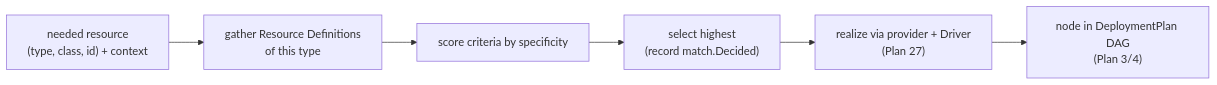
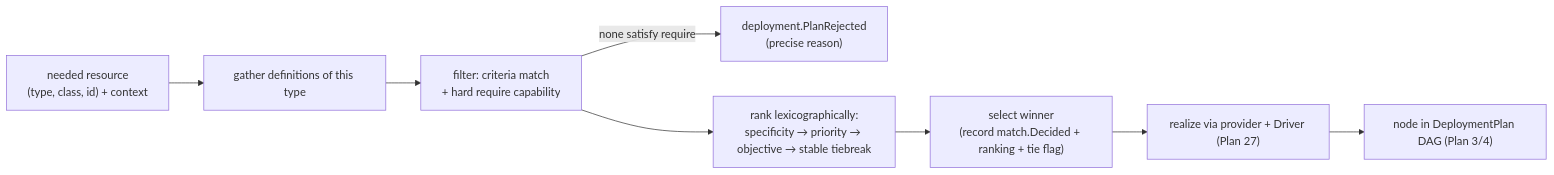
The diagram in docs/design/25-resource-definitions-matching.md (Tyler-R-Kendrick/HoBo), drawn with Mermaid before and after one commit. The commit also changed other lines of this file and 9 other files, not shown here.

````diff
--- a/docs/design/25-resource-definitions-matching.md
+++ b/docs/design/25-resource-definitions-matching.md
@@ -41,8 +41,10 @@
 ```mermaid
 flowchart LR
-  REQ["needed resource<br/>(type, class, id) + context"] --> GATH["gather Resource Definitions<br/>of this type"]
-  GATH --> SCORE["score criteria by specificity"]
-  SCORE --> PICK["select highest<br/>(record match.Decided)"]
-  PICK --> REAL["realize via provider + Driver<br/>(Plan 27)"]
-  REAL --> NODE["node in DeploymentPlan DAG<br/>(Plan 3/4)"]
+  REQ["needed resource<br/>(type, class, id) + context"] --> GATH["gather definitions of this type"]
+  GATH --> FILT["filter: criteria match<br/>+ hard require capability"]
+  FILT -->|none satisfy require| REJ["deployment.PlanRejected<br/>(precise reason)"]
+  FILT --> RANK["rank lexicographically:<br/>specificity → priority → objective → stable tiebreak"]
+  RANK --> PICK["select winner<br/>(record match.Decided + ranking + tie flag)"]
+  PICK --> REAL["realize via provider + Driver (Plan 27)"]
+  REAL --> NODE["node in DeploymentPlan DAG (Plan 3/4)"]
 ```
````
